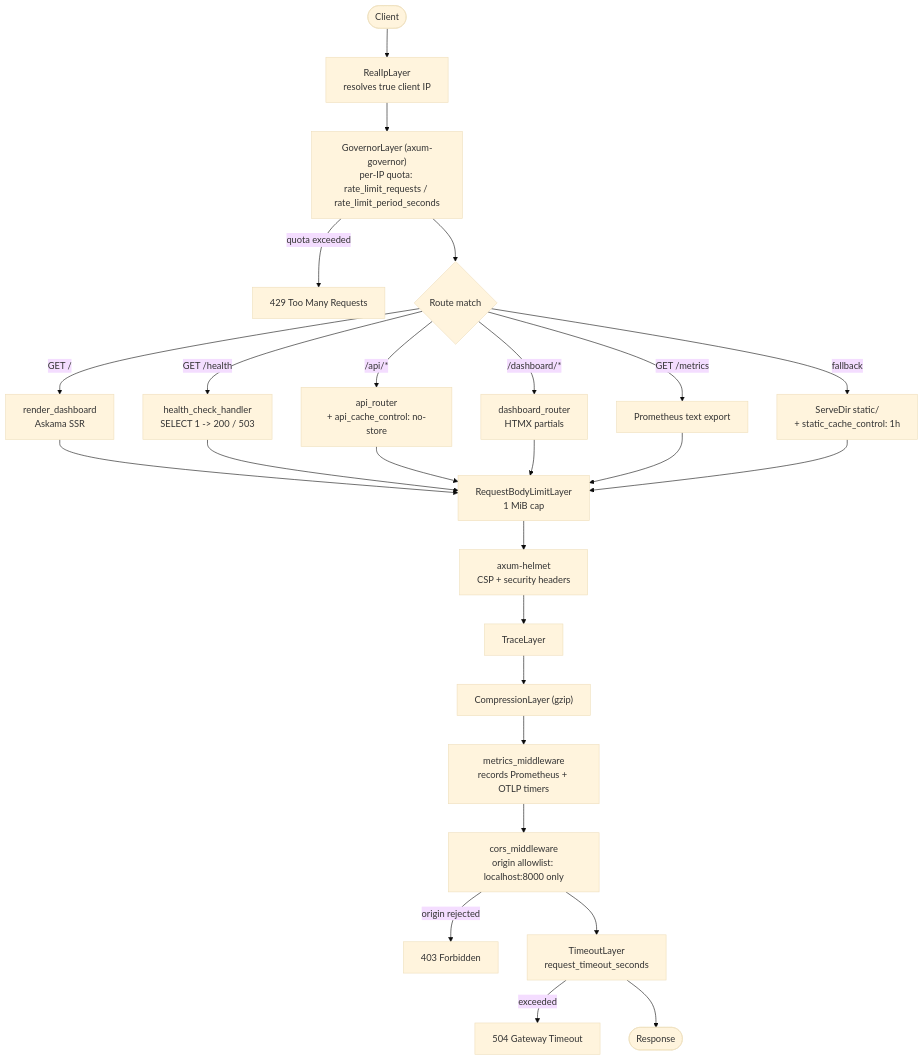
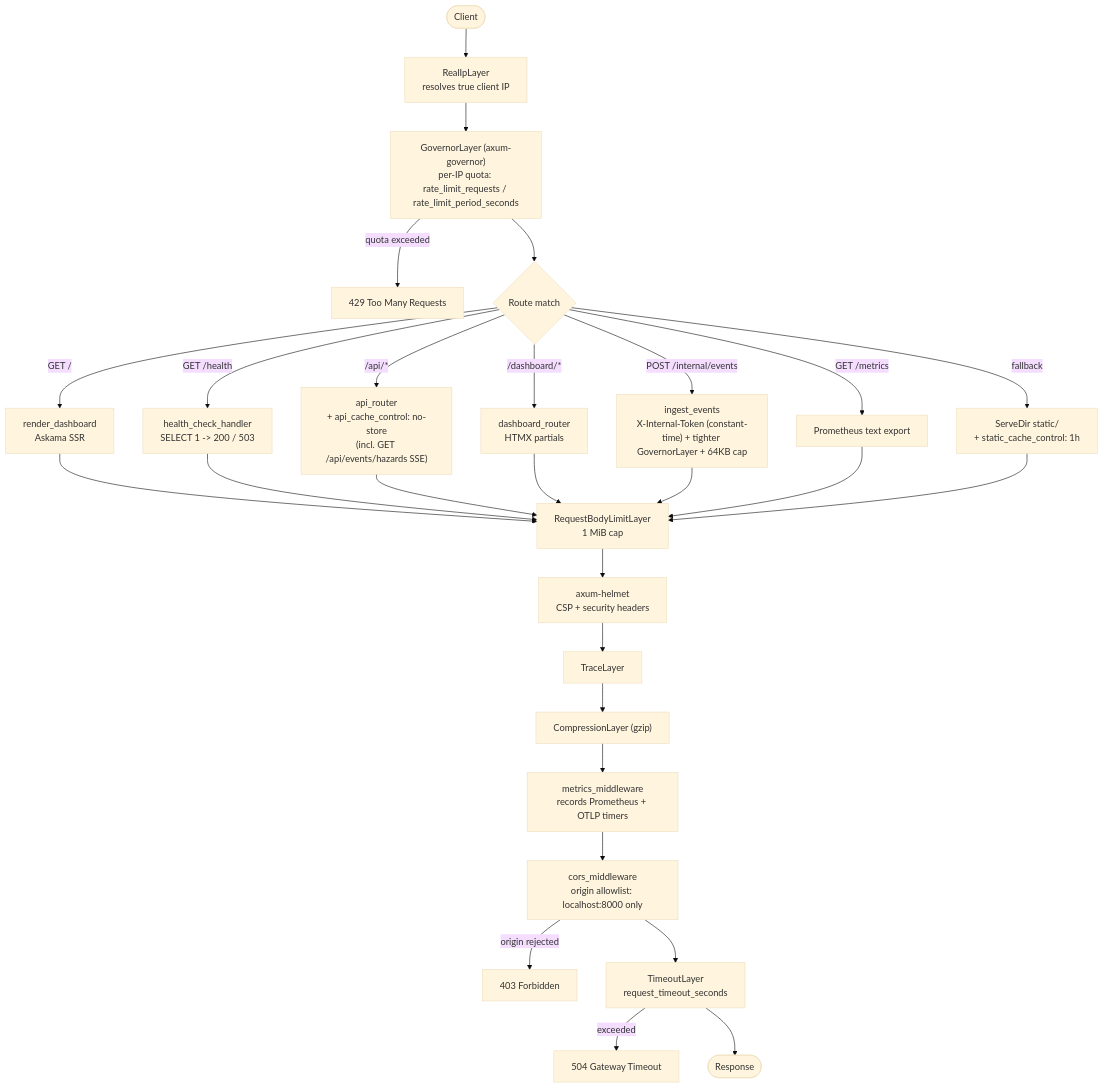
The first of 2 diagrams in README.md (ahmad-zaweet/rustroid-sentinel), drawn with Mermaid (base theme) before and after one commit. The commit also changed other lines of this file and 40 other files, not shown here.

````diff
--- a/README.md
+++ b/README.md
@@ -88,23 +91,24 @@
 ```mermaid
 flowchart TD
     Client([Client]) --> RealIp["RealIpLayer<br/>resolves true client IP"]
     RealIp --> Governor["GovernorLayer (axum-governor)<br/>per-IP quota: rate_limit_requests / rate_limit_period_seconds"]
     Governor -->|quota exceeded| R429["429 Too Many Requests"]
     Governor --> Routes{Route match}
     Routes -->|GET /| Dashboard["render_dashboard<br/>Askama SSR"]
     Routes -->|GET /health| Health["health_check_handler<br/>SELECT 1 -> 200 / 503"]
-    Routes -->|/api/*| ApiRouter["api_router<br/>+ api_cache_control: no-store"]
+    Routes -->|/api/*| ApiRouter["api_router<br/>+ api_cache_control: no-store<br/>(incl. GET /api/events/hazards SSE)"]
     Routes -->|/dashboard/*| DashRouter["dashboard_router<br/>HTMX partials"]
+    Routes -->|POST /internal/events| Internal["ingest_events<br/>X-Internal-Token (constant-time) + tighter GovernorLayer + 64KB cap"]
     Routes -->|GET /metrics| Prom["Prometheus text export"]
     Routes -->|fallback| Static["ServeDir static/<br/>+ static_cache_control: 1h"]
-    Dashboard & Health & ApiRouter & DashRouter & Prom & Static --> Body["RequestBodyLimitLayer<br/>1 MiB cap"]
+    Dashboard & Health & ApiRouter & DashRouter & Internal & Prom & Static --> Body["RequestBodyLimitLayer<br/>1 MiB cap"]
     Body --> Helmet["axum-helmet<br/>CSP + security headers"]
     Helmet --> Trace["TraceLayer"]
     Trace --> Gzip["CompressionLayer (gzip)"]
     Gzip --> Metrics["metrics_middleware<br/>records Prometheus + OTLP timers"]
     Metrics --> Cors["cors_middleware<br/>origin allowlist: localhost:8000 only"]
     Cors -->|origin rejected| R403["403 Forbidden"]
     Cors --> Timeout["TimeoutLayer<br/>request_timeout_seconds"]
     Timeout -->|exceeded| R504["504 Gateway Timeout"]
     Timeout --> Response([Response])
 ```
````
